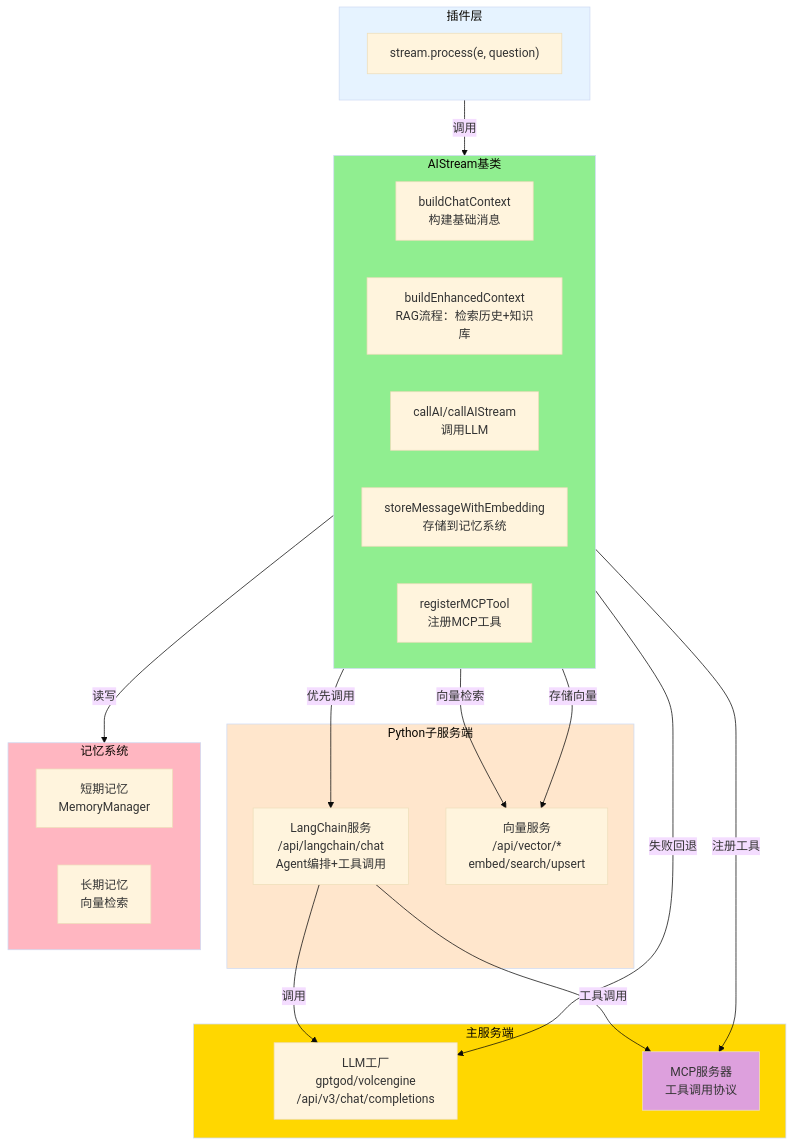
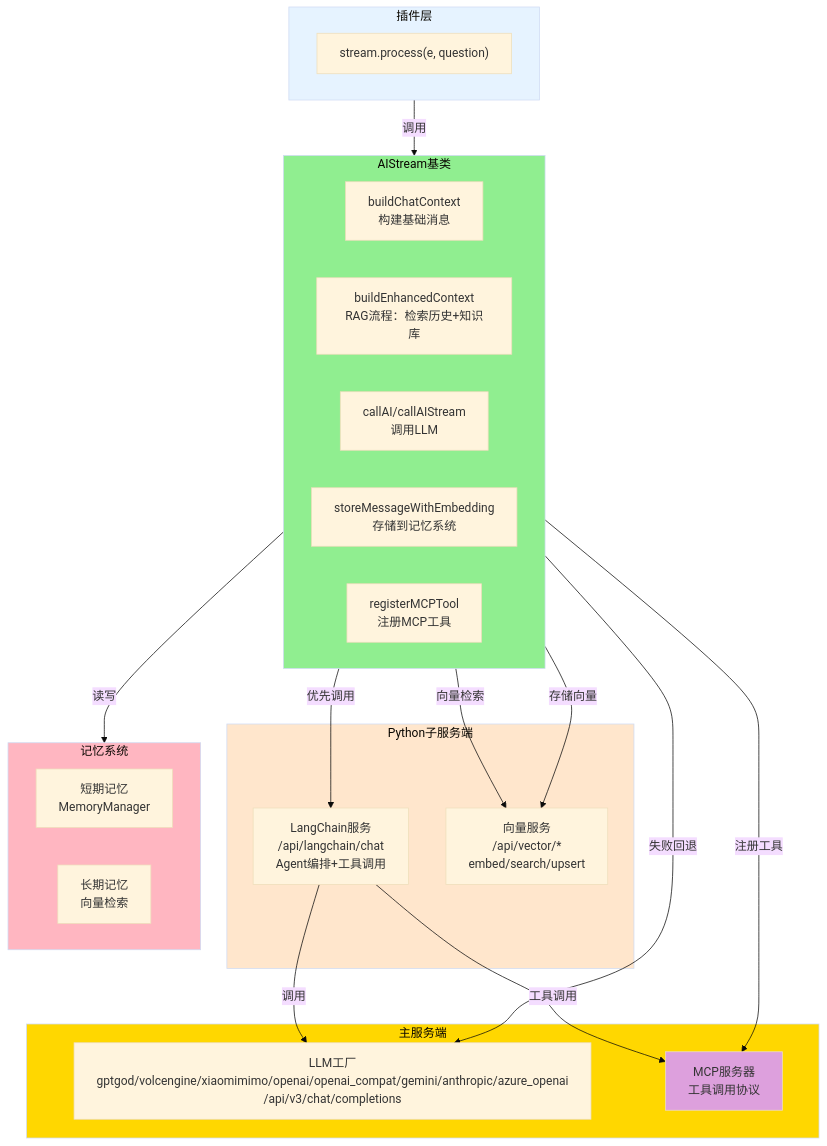
Before and after one commit to sunflowermm/XRK-AGT: the first of 5 diagrams in docs/aistream.md, drawn with Mermaid (base theme). The commit also changed other lines of this file and 29 other files, not shown here.

````diff
--- a/docs/aistream.md
+++ b/docs/aistream.md
@@ -26,46 +26,46 @@
 ```mermaid
 flowchart TB
     subgraph Plugin["插件层"]
         Call["stream.process(e, question)"]
     end
     
     subgraph AIStream["AIStream基类"]
         BuildCtx["buildChatContext<br/>构建基础消息"]
         Enhance["buildEnhancedContext<br/>RAG流程：检索历史+知识库"]
         CallAI["callAI/callAIStream<br/>调用LLM"]
         Store["storeMessageWithEmbedding<br/>存储到记忆系统"]
         Register["registerMCPTool<br/>注册MCP工具"]
     end
     
     subgraph Subserver["Python子服务端"]
         LangChain["LangChain服务<br/>/api/langchain/chat<br/>Agent编排+工具调用"]
         VectorAPI["向量服务<br/>/api/vector/*<br/>embed/search/upsert"]
     end
     
     subgraph MainServer["主服务端"]
-        LLMFactory["LLM工厂<br/>gptgod/volcengine<br/>/api/v3/chat/completions"]
+        LLMFactory["LLM工厂<br/>gptgod/volcengine/xiaomimimo/openai/openai_compat/gemini/anthropic/azure_openai<br/>/api/v3/chat/completions"]
         MCP["MCP服务器<br/>工具调用协议"]
     end
     
     subgraph Memory["记忆系统"]
         ShortTerm["短期记忆<br/>MemoryManager"]
         LongTerm["长期记忆<br/>向量检索"]
     end
     
     Plugin -->|调用| AIStream
     AIStream -->|优先调用| LangChain
     LangChain -->|调用| LLMFactory
     LangChain -->|工具调用| MCP
     AIStream -->|失败回退| LLMFactory
     AIStream -->|向量检索| VectorAPI
     AIStream -->|存储向量| VectorAPI
     AIStream -->|注册工具| MCP
     AIStream -->|读写| Memory
     
     style Plugin fill:#E6F3FF
     style AIStream fill:#90EE90
     style Subserver fill:#FFE6CC
     style MainServer fill:#FFD700
     style Memory fill:#FFB6C1
     style MCP fill:#DDA0DD
 ```
````
